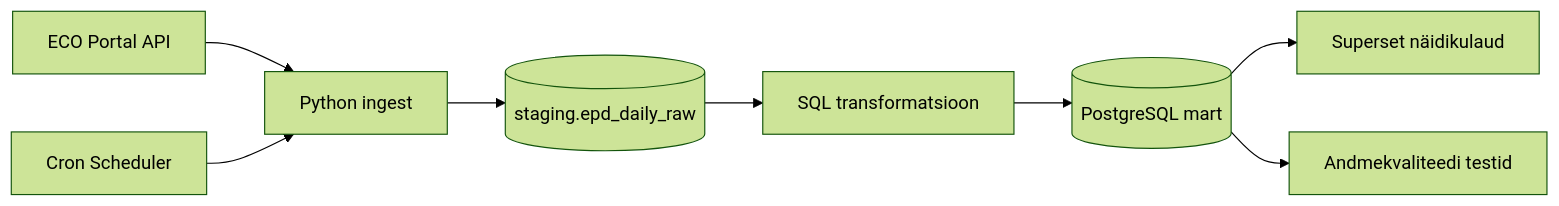
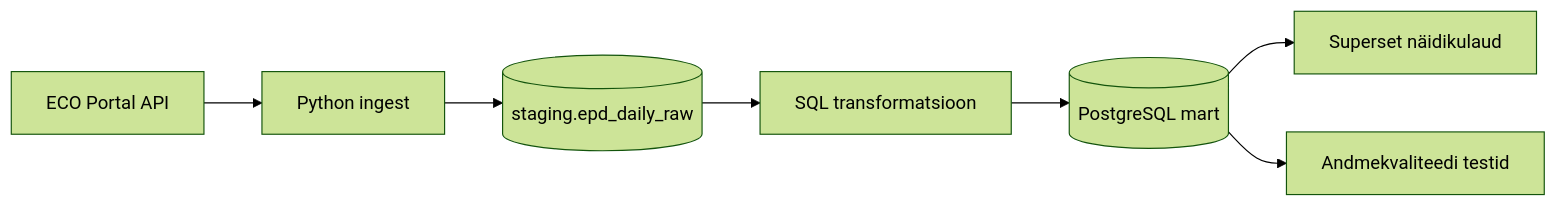
Before and after one commit to MMK-spec/eco-epd-data-pipeline: the diagram in docs/arhitektuur.md, drawn with Mermaid (forest theme).

````diff
--- a/docs/arhitektuur.md
+++ b/docs/arhitektuur.md
@@ -24,10 +24,9 @@
 ```mermaid
 flowchart LR
     source[ECO Portal API]  --> ingest[Python ingest]
     ingest --> staging[(staging.epd_daily_raw)]
     staging --> transform[SQL transformatsioon]
     transform --> mart[(PostgreSQL mart)]
     mart --> dashboard[ Superset näidikulaud]
     mart --> quality[Andmekvaliteedi testid]
-    scheduler[Cron Scheduler] --> ingest
 ```
````
